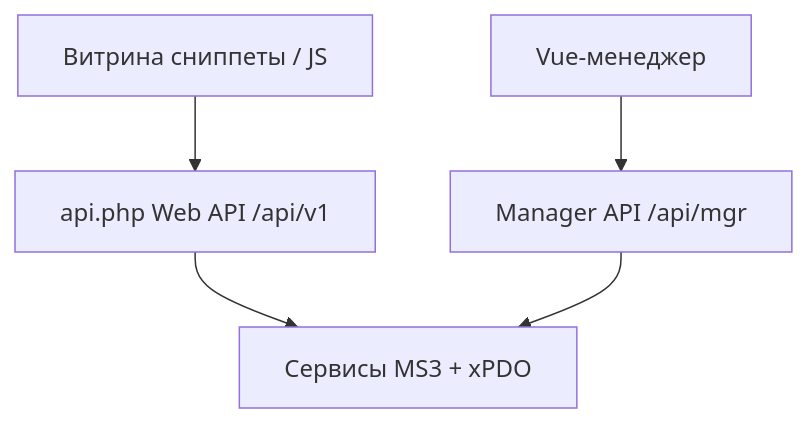
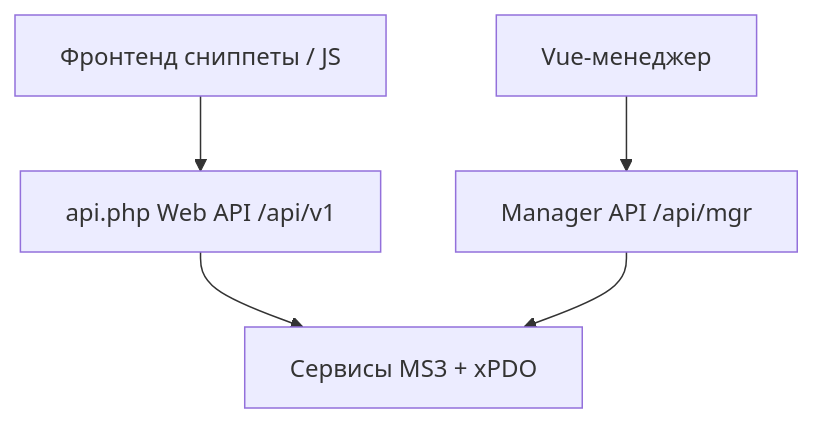
Before and after one commit to modx-pro/Docs: the diagram in docs/components/minishop3/index.md, drawn with Mermaid. The commit also changed 9 other files, not shown here.

First line of the commit message:
docs(minishop3): довезти схемы в английские пары и убрать последний запрещённый термин

````diff
--- a/docs/components/minishop3/index.md
+++ b/docs/components/minishop3/index.md
@@ -177,10 +177,10 @@
 ```mermaid
 flowchart TB
-  store[Витрина сниппеты / JS]
+  store[Фронтенд сниппеты / JS]
   api[api.php Web API /api/v1]
   mgr[Vue-менеджер]
   mgrApi[Manager API /api/mgr]
   core[Сервисы MS3 + xPDO]
   store --> api --> core
   mgr --> mgrApi --> core
 ```
````
